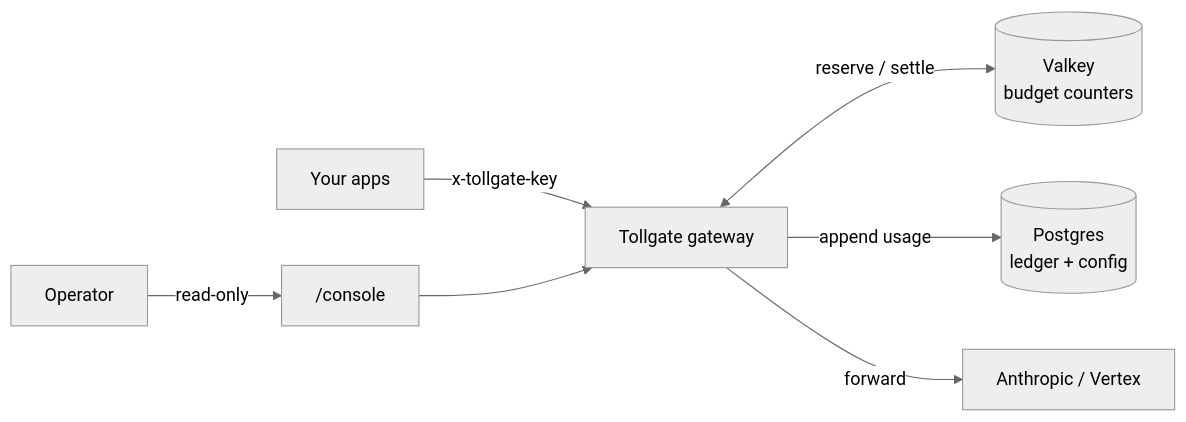
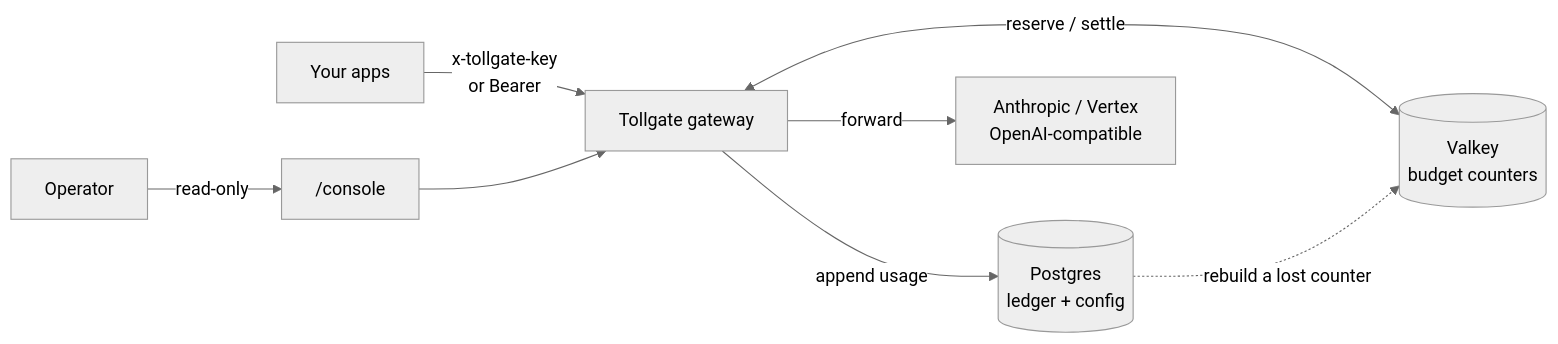
The first of 2 diagrams in README.md (sakura-sky/tollgate), drawn with Mermaid (neutral theme) before and after one commit. The commit also changed other lines of this file and 19 other files, not shown here.

First line of the commit message:
Rebuild a lost budget counter, and stop the docs overpromising

````diff
--- a/README.md
+++ b/README.md
@@ -22,9 +26,10 @@
 ```mermaid
 flowchart LR
-  app["Your apps"] -->|"x-tollgate-key"| gw["Tollgate gateway"]
+  app["Your apps"] -->|"x-tollgate-key<br/>or Bearer"| gw["Tollgate gateway"]
   gw <-->|"reserve / settle"| vk[("Valkey<br/>budget counters")]
   gw -->|"append usage"| pg[("Postgres<br/>ledger + config")]
-  gw -->|"forward"| prov["Anthropic / Vertex"]
+  pg -.->|"rebuild a lost counter"| vk
+  gw -->|"forward"| prov["Anthropic / Vertex<br/>OpenAI-compatible"]
   ops["Operator"] -->|"read-only"| console["/console"]
   console --> gw
 ```
````
